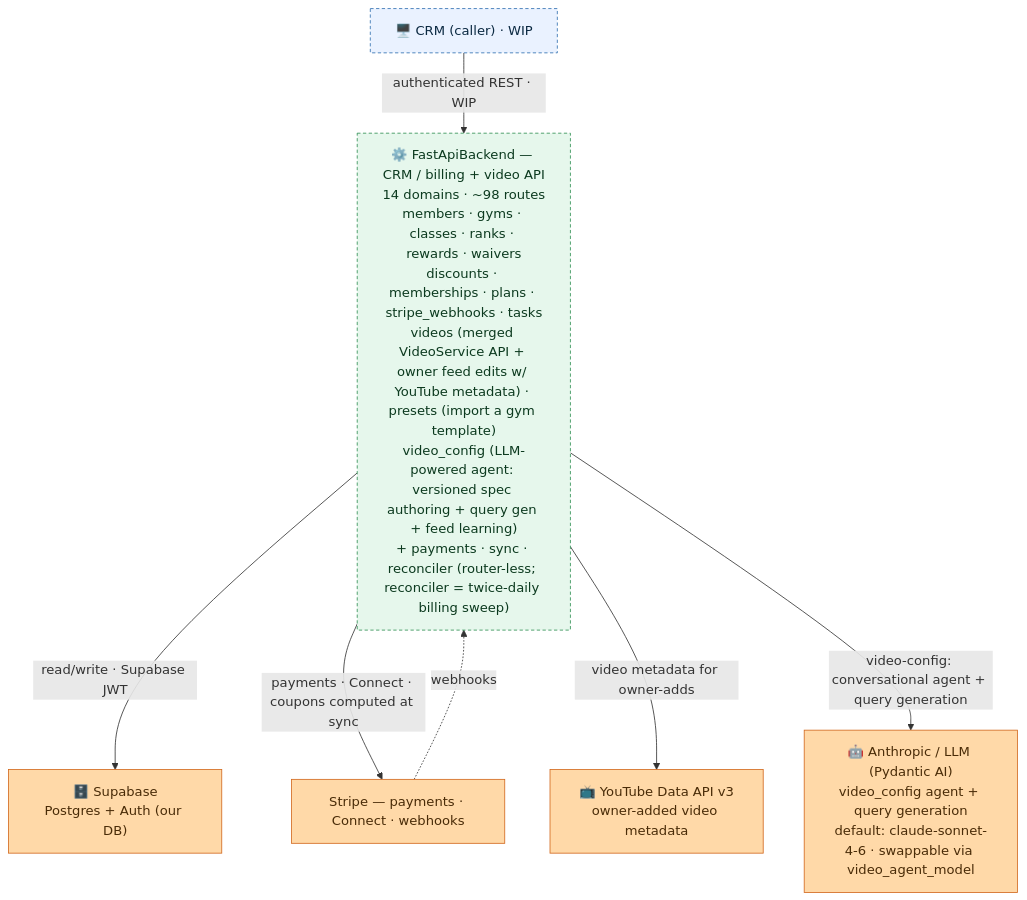
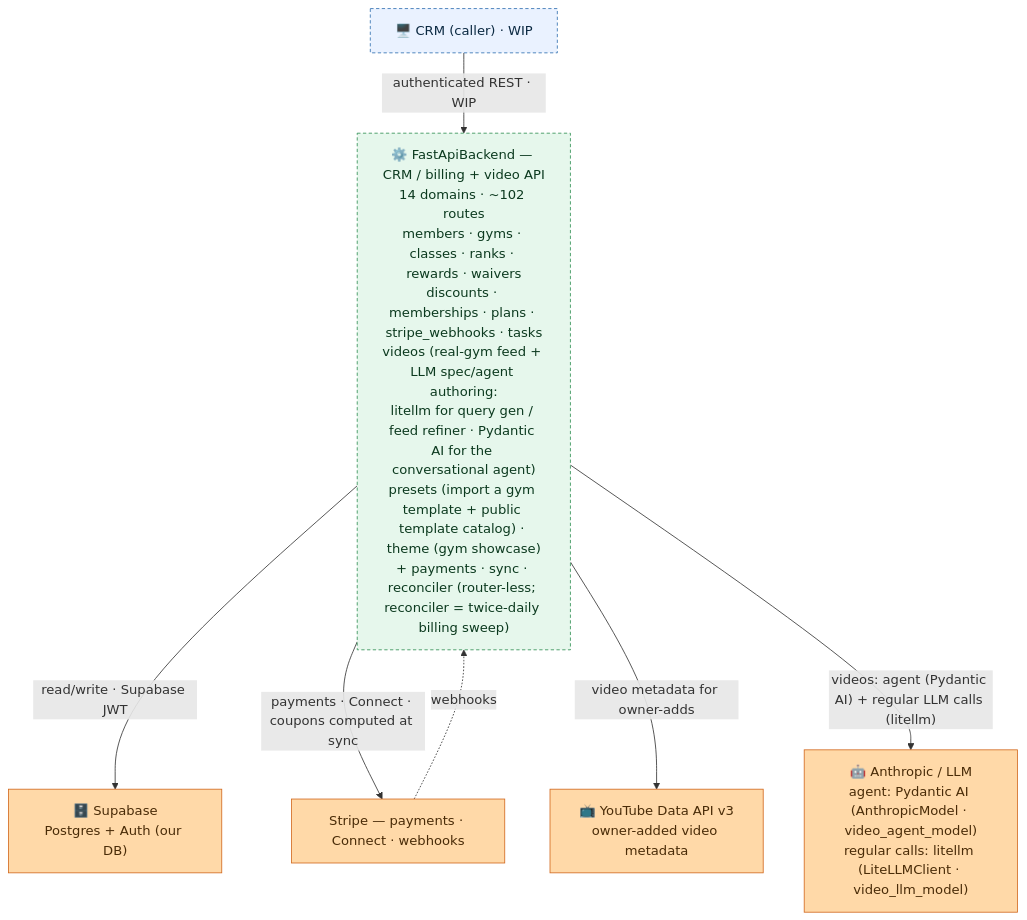
Before and after one commit to jesse51002/CombatDen: the diagram in FastApiBackend/README.md, drawn with Mermaid. The commit also changed other lines of this file and 139 other files, not shown here.

First line of the commit message:
videos: LLM spec agent + domain reorg + DB-paginated feed + unified curation model

````diff
--- a/FastApiBackend/README.md
+++ b/FastApiBackend/README.md
@@ -16,23 +16,23 @@
 ```mermaid
 flowchart TB
   CRM["🖥️ CRM (caller) · WIP"]
-  FB["⚙️ FastApiBackend — CRM / billing + video API<br/>14 domains · ~98 routes<br/>members · gyms · classes · ranks · rewards · waivers<br/>discounts · memberships · plans · stripe_webhooks · tasks<br/>videos (merged VideoService API + owner feed edits w/ YouTube metadata) · presets (import a gym template)<br/>video_config (LLM-powered agent: versioned spec authoring + query gen + feed learning)<br/>+ payments · sync · reconciler (router-less; reconciler = twice-daily billing sweep)"]
+  FB["⚙️ FastApiBackend — CRM / billing + video API<br/>14 domains · ~102 routes<br/>members · gyms · classes · ranks · rewards · waivers<br/>discounts · memberships · plans · stripe_webhooks · tasks<br/>videos (real-gym feed + LLM spec/agent authoring:<br/>litellm for query gen / feed refiner · Pydantic AI for the conversational agent)<br/>presets (import a gym template + public template catalog) · theme (gym showcase)<br/>+ payments · sync · reconciler (router-less; reconciler = twice-daily billing sweep)"]
   Supabase["🗄️ Supabase<br/>Postgres + Auth (our DB)"]
   Stripe["Stripe — payments · Connect · webhooks"]
   YouTube["📺 YouTube Data API v3<br/>owner-added video metadata"]
-  LLMProvider["🤖 Anthropic / LLM (Pydantic AI)<br/>video_config agent + query generation<br/>default: claude-sonnet-4-6 · swappable via video_agent_model"]
+  LLMProvider["🤖 Anthropic / LLM<br/>agent: Pydantic AI (AnthropicModel · video_agent_model)<br/>regular calls: litellm (LiteLLMClient · video_llm_model)"]
   CRM -->|"authenticated REST · WIP"| FB
   FB -->|"read/write · Supabase JWT"| Supabase
   FB -->|"payments · Connect · coupons computed at sync"| Stripe
   Stripe -.->|"webhooks"| FB
   FB -->|"video metadata for owner-adds"| YouTube
-  FB -->|"video-config: conversational agent + query generation"| LLMProvider
+  FB -->|"videos: agent (Pydantic AI) + regular LLM calls (litellm)"| LLMProvider
   classDef client fill:#eaf2ff,stroke:#2f6fb0,color:#0b2942;
   classDef svc fill:#e6f7ec,stroke:#2f8f53,color:#0c3a1f;
   classDef ext fill:#ffd9a8,stroke:#d2691e,color:#4a2c08;
   class CRM client;
   class FB svc;
   class Supabase,Stripe,YouTube,LLMProvider ext;
   style CRM stroke-dasharray:4 3;
   style FB stroke-dasharray:4 3;
 ```
````
